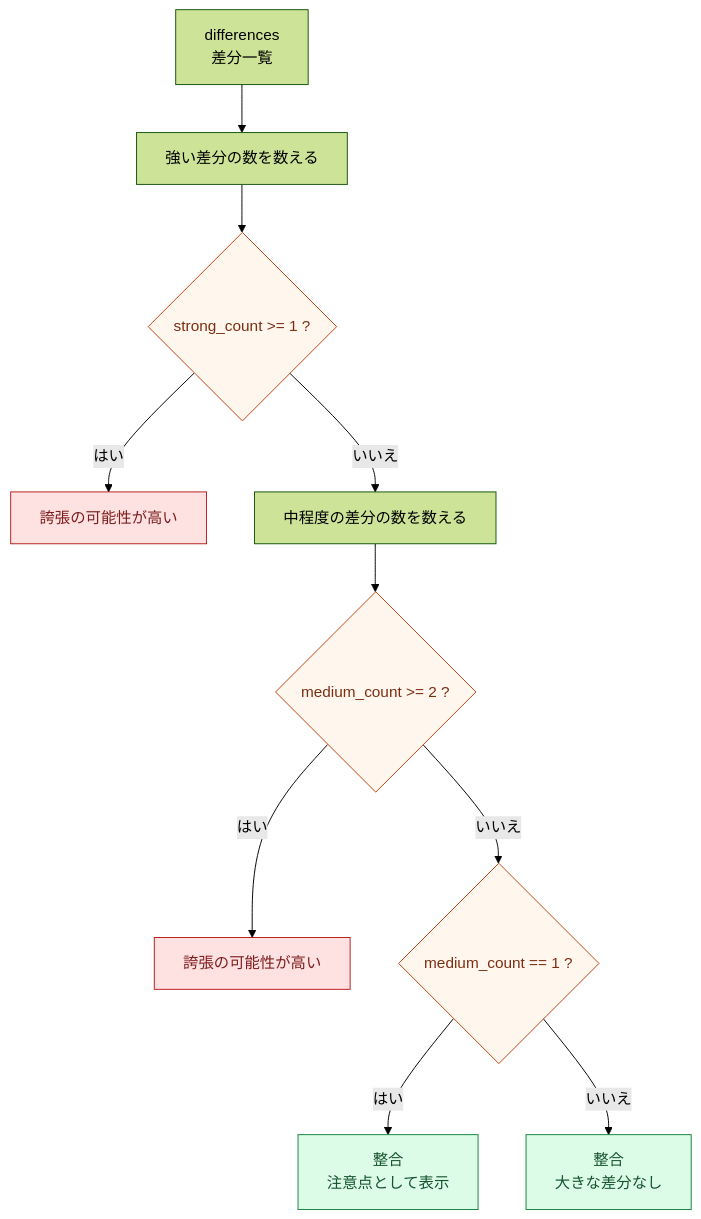
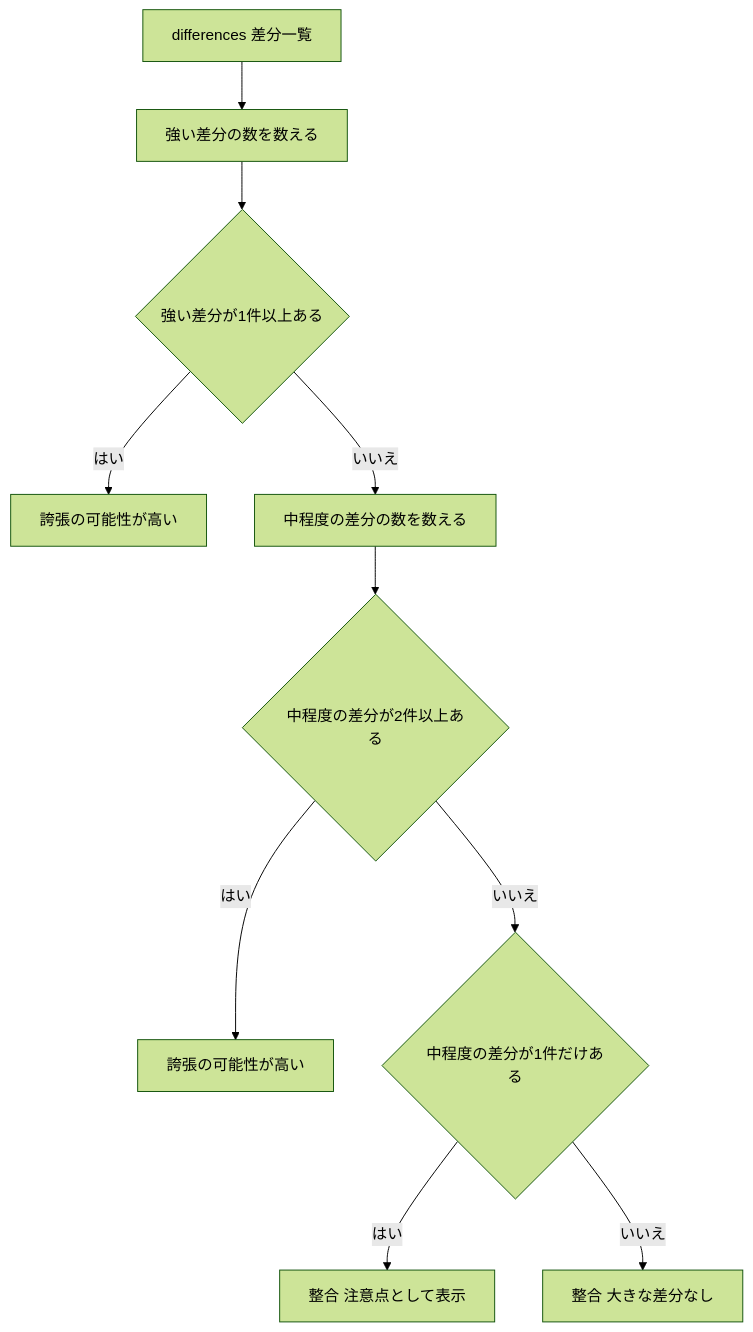
One commit to j23033it/my-tech changed the fourth of 4 diagrams in src/content/articles/backend/backend-processing-beginner-code-guide.md. Above: the diagram before and after it, drawn with Mermaid (forest theme). The commit also changed other lines of this file, not shown here.

Commit message:
Mermaid図の構文エラーを修正

```diff
--- a/src/content/articles/backend/backend-processing-beginner-code-guide.md
+++ b/src/content/articles/backend/backend-processing-beginner-code-guide.md
@@ -1325,19 +1315,21 @@
 <pre class="mermaid">
 flowchart TD
-  D["differences\n差分一覧"] --> SC["強い差分の数を数える"]
-  SC --> Q1{"strong_count >= 1 ?"}
-  Q1 -->|はい| EX1["誇張の可能性が高い"]
-  Q1 -->|いいえ| MC["中程度の差分の数を数える"]
-  MC --> Q2{"medium_count >= 2 ?"}
-  Q2 -->|はい| EX2["誇張の可能性が高い"]
-  Q2 -->|いいえ| Q3{"medium_count == 1 ?"}
-  Q3 -->|はい| C1["整合\n注意点として表示"]
-  Q3 -->|いいえ| C2["整合\n大きな差分なし"]
-
-  classDef decision fill:#fff7ed,stroke:#c2410c,color:#7c2d12;
-  classDef resultBad fill:#fee2e2,stroke:#b91c1c,color:#7f1d1d;
-  classDef resultGood fill:#dcfce7,stroke:#15803d,color:#14532d;
-  class Q1,Q2,Q3 decision;
-  class EX1,EX2 resultBad;
-  class C1,C2 resultGood;
+  judge1["differences 差分一覧"]
+  judge2["強い差分の数を数える"]
+  judge3{"強い差分が1件以上ある"}
+  judge4["誇張の可能性が高い"]
+  judge5["中程度の差分の数を数える"]
+  judge6{"中程度の差分が2件以上ある"}
+  judge7["誇張の可能性が高い"]
+  judge8{"中程度の差分が1件だけある"}
+  judge9["整合 注意点として表示"]
+  judge10["整合 大きな差分なし"]
+  judge1 --> judge2 --> judge3
+  judge3 -->|はい| judge4
+  judge3 -->|いいえ| judge5
+  judge5 --> judge6
+  judge6 -->|はい| judge7
+  judge6 -->|いいえ| judge8
+  judge8 -->|はい| judge9
+  judge8 -->|いいえ| judge10
 </pre>
```
